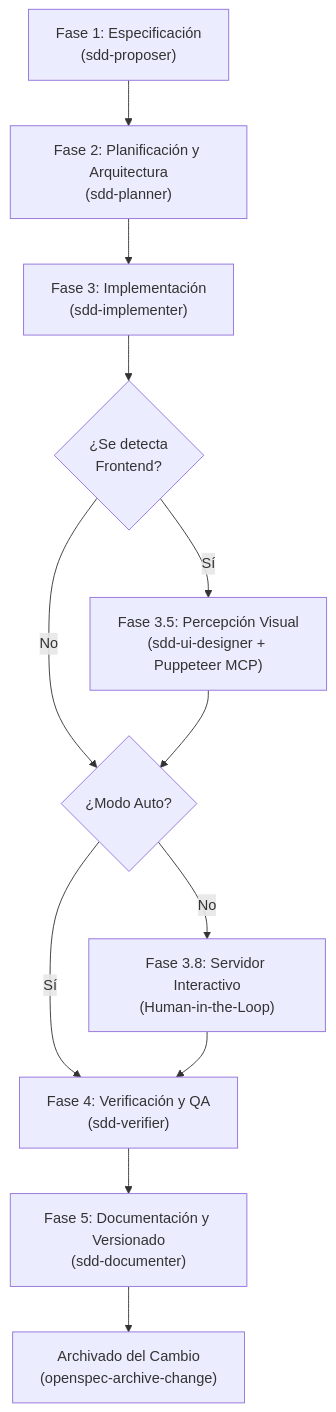
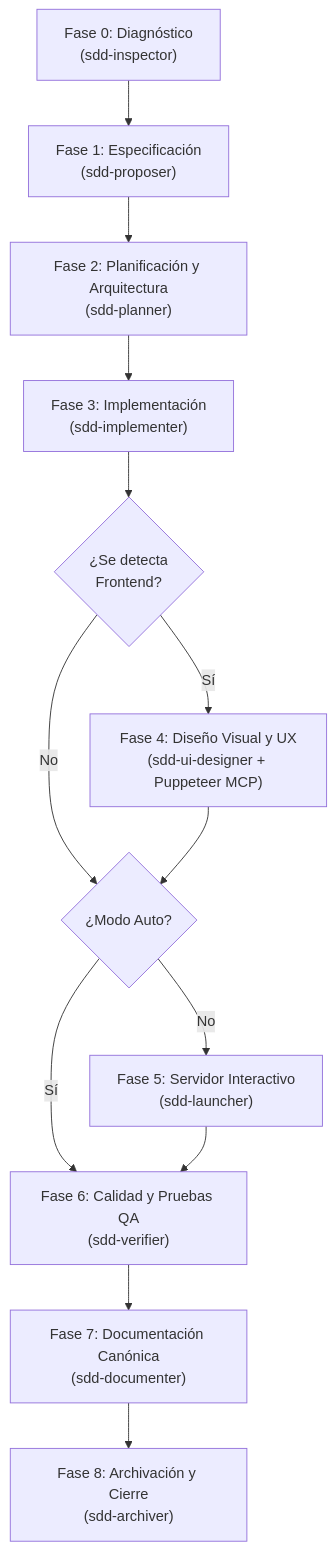
One commit to Danielisla96/zugzbot changed the diagram in README.md. Above: the diagram before and after it, drawn with Mermaid. The commit also changed other lines of this file and 13 other files, not shown here.

Commit message:
feat: overhaul SDD workflow with new inspector, launcher, and archiver agents and an expanded 8-phase lifecycle

````diff
--- a/README.md
+++ b/README.md
@@ -12,14 +12,15 @@
 ```mermaid
 graph TD
-    A["Fase 1: Especificación\n(sdd-proposer)"] --> B["Fase 2: Planificación y Arquitectura\n(sdd-planner)"]
+    A0["Fase 0: Diagnóstico\n(sdd-inspector)"] --> A["Fase 1: Especificación\n(sdd-proposer)"]
+    A --> B["Fase 2: Planificación y Arquitectura\n(sdd-planner)"]
     B --> C["Fase 3: Implementación\n(sdd-implementer)"]
     C --> D{"¿Se detecta\nFrontend?"}
-    D -- Sí --> E["Fase 3.5: Percepción Visual\n(sdd-ui-designer + Puppeteer MCP)"]
+    D -- Sí --> E["Fase 4: Diseño Visual y UX\n(sdd-ui-designer + Puppeteer MCP)"]
     D -- No --> HIL{"¿Modo Auto?"}
     E --> HIL
-    HIL -- No --> I["Fase 3.8: Servidor Interactivo\n(Human-in-the-Loop)"]
-    HIL -- Sí --> F["Fase 4: Verificación y QA\n(sdd-verifier)"]
+    HIL -- No --> I["Fase 5: Servidor Interactivo\n(sdd-launcher)"]
+    HIL -- Sí --> F["Fase 6: Calidad y Pruebas QA\n(sdd-verifier)"]
     I --> F
-    F --> G["Fase 5: Documentación y Versionado\n(sdd-documenter)"]
-    G --> H["Archivado del Cambio\n(openspec-archive-change)"]
+    F --> G["Fase 7: Documentación Canónica\n(sdd-documenter)"]
+    G --> H["Fase 8: Archivación y Cierre\n(sdd-archiver)"]
 ```
````
